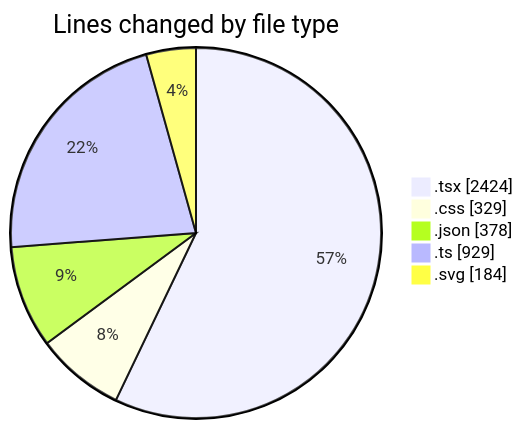
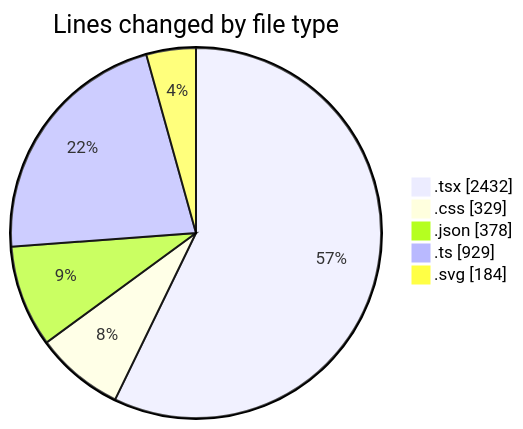
The first of 2 diagrams in 2025-10-10/eventscop-frontend-guide__workspace_/README.md (julien-gomy/code-tracking), drawn with Mermaid before and after one commit. The commit also changed other lines of this file and 1 other file, not shown here.

````diff
--- a/2025-10-10/eventscop-frontend-guide__workspace_/README.md
+++ b/2025-10-10/eventscop-frontend-guide__workspace_/README.md
@@ -43,9 +43,9 @@
 ```mermaid
 pie showData
 title Lines changed by file type
-".tsx" : 2424
+".tsx" : 2432
 ".css" : 329
 ".json" : 378
 ".ts" : 929
 ".svg" : 184
 ```
````
